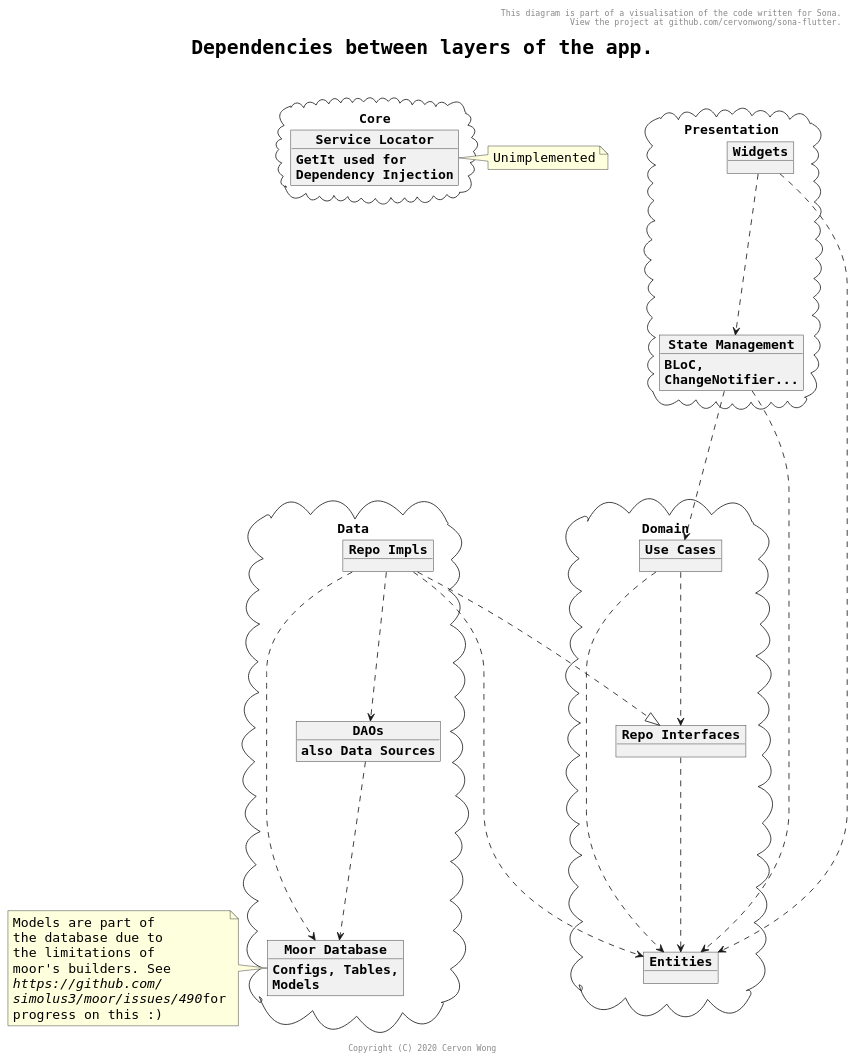
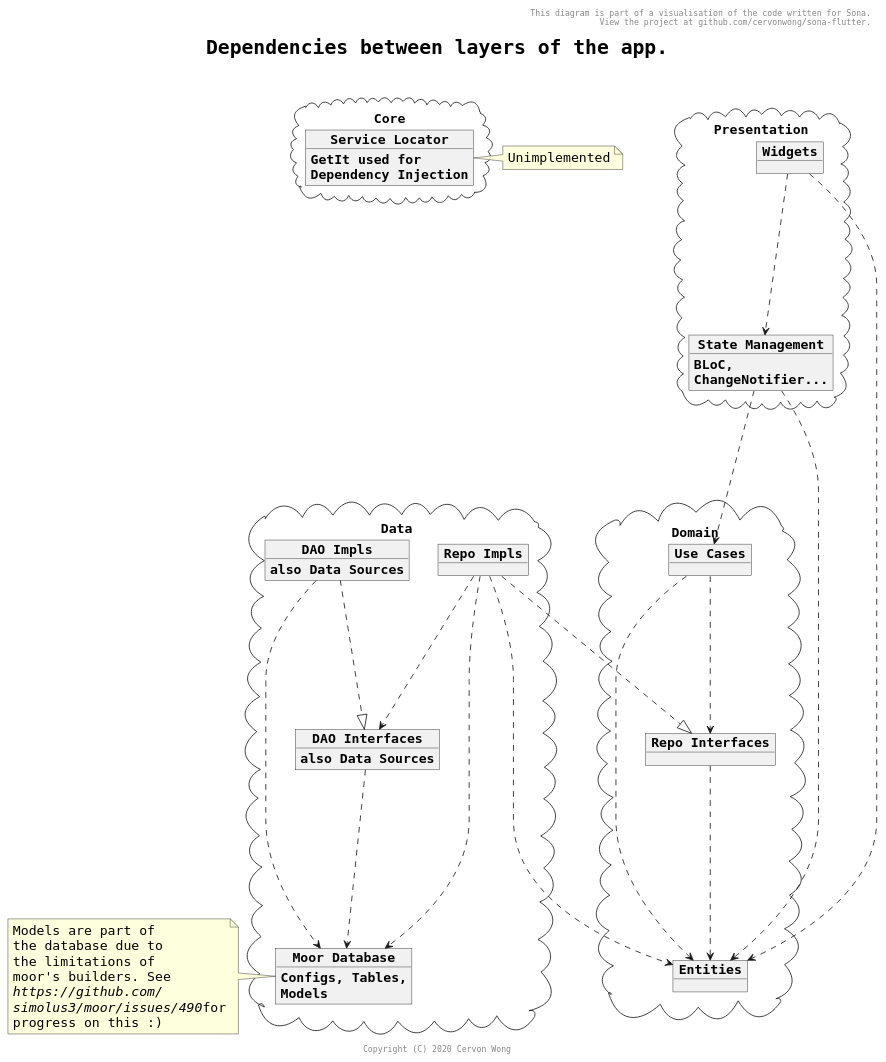
Before and after one commit to cervonwong/sona-flutter: the diagram in puml/architecture_dependencies.puml, drawn with PlantUML.

Commit message:
Docs(puml): Update diagram to include interfaces of DAOs

```diff
--- a/puml/architecture_dependencies.puml
+++ b/puml/architecture_dependencies.puml
@@ -1,67 +1,72 @@
 @startuml
 
 skinparam wrapWidth 200
 skinparam maxMessageSize 100
 skinparam defaultFontName Monospaced
 skinparam defaultFontSize 16
 skinparam arrowFontSize 12
 skinparam objectFontStyle bold
 skinparam titleFontSize 24
 skinparam titleFontStyle bold
 skinparam shadowing false
 
 header This diagram is part of a visualisation of the code written for Sona.\n View the project at github.com/cervonwong/sona-flutter.
 title Dependencies between layers of the app.\n
 footer Copyright (C) 2020 Cervon Wong
 
 package Presentation <<Cloud>> {
 	object "Widgets" as w
     object "State Management" as s {
     	BLoC, ChangeNotifier...
     }
 }
 
 package Domain <<Cloud>> {
 	object "Use Cases" as u
 	object "Entities" as e
 	object "Repo Interfaces" as ir
 }
 
 package Data <<Cloud>> {
 	object "Repo Impls" as ri
-    object "DAOs" AS d {
+    object "DAO Impls" AS di {
+    	also Data Sources
+    }
+    object "DAO Interfaces" as id {
     	also Data Sources
     }
     object "Moor Database" as db {
     	Configs, Tables, Models
     }
 }
 
 package Core <<Cloud>> {
-	object "Service Locator" as di {
+	object "Service Locator" as sl {
     	GetIt used for Dependency Injection
     }
 }
 
 w  ....>  s
 w  ....>  e
 s  ....>  u
 s  ....>  e
 u  ....>  e
 u  ....>  ir
 ir ....>  e
 ri ....|> ir
-ri ....>  d
+ri ....>  id
 ri ....>  db
 ri ....>  e
-d  ....>  db
+di ....>  db
+di ....|> id
+id ....> db
 
-note right of di
+note right of sl
 	Unimplemented
 end note
 
 note left of db
 	Models are part of the database due to the limitations of moor's builders. See <i>https://github.com/ simolus3/moor/issues/490</i>for progress on this :)
 end note
 
 @enduml
```
